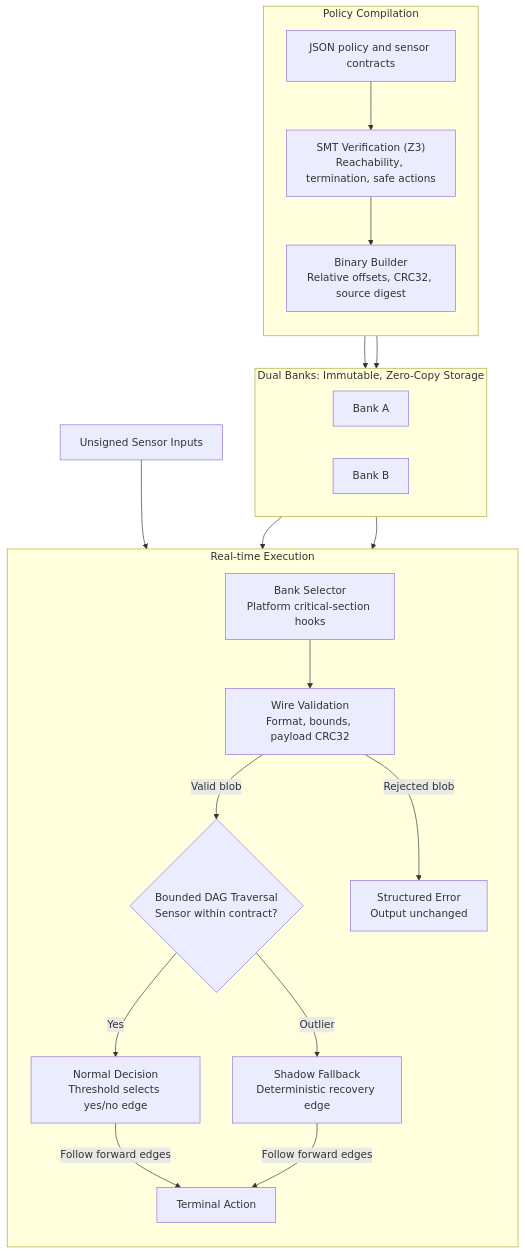
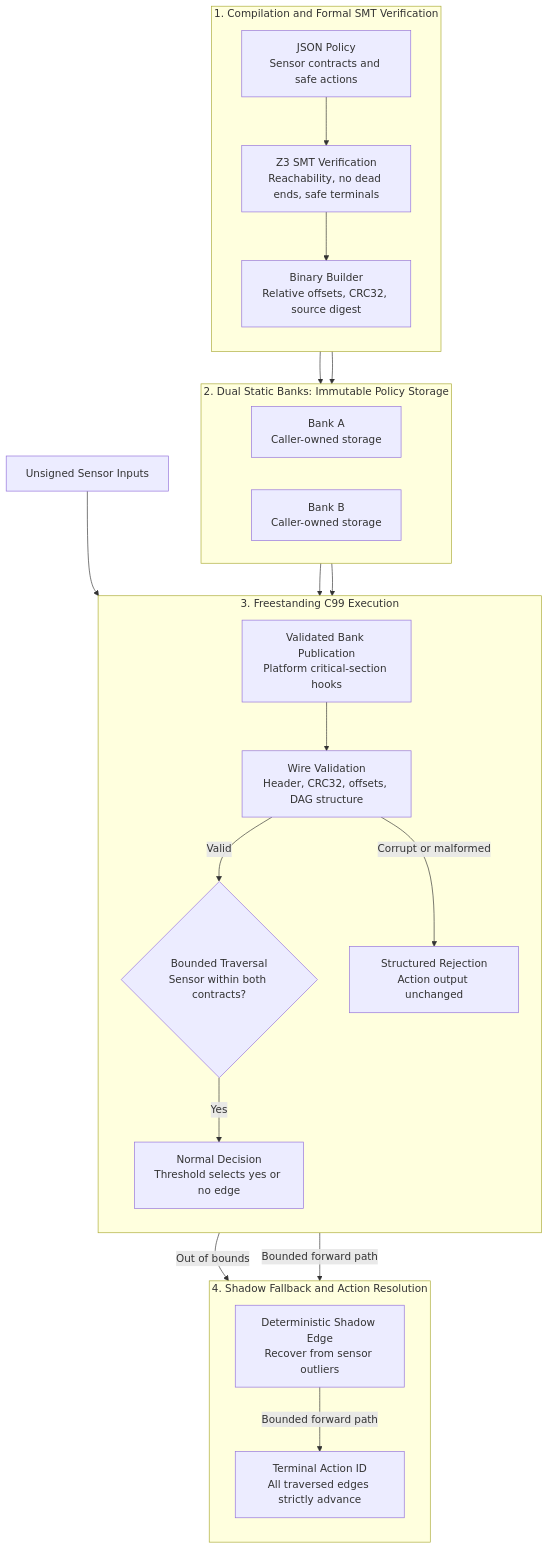
One commit to AAanin/anix changed the diagram in README.md. Above: the diagram before and after it, drawn with Mermaid. The commit also changed other lines of this file, not shown here.

````diff
--- a/README.md
+++ b/README.md
@@ -10,40 +33,44 @@
 ```mermaid
 flowchart TD
-  subgraph Compile["Policy Compilation"]
+  subgraph Compile["1. Compilation and Formal SMT Verification"]
     direction TB
-    G["JSON policy and sensor contracts"]
-    Z["SMT Verification (Z3)<br/>Reachability, termination, safe actions"]
+    G["JSON Policy<br/>Sensor contracts and safe actions"]
+    Z["Z3 SMT Verification<br/>Reachability, no dead ends, safe terminals"]
     B["Binary Builder<br/>Relative offsets, CRC32, source digest"]
     G --> Z --> B
   end
 
-  subgraph Banks["Dual Banks: Immutable, Zero-Copy Storage"]
+  subgraph Banks["2. Dual Static Banks: Immutable Policy Storage"]
     direction LR
-    A["Bank A"]
-    C["Bank B"]
+    A["Bank A<br/>Caller-owned storage"]
+    C["Bank B<br/>Caller-owned storage"]
   end
 
-  subgraph Runtime["Real-time Execution"]
+  subgraph Execute["3. Freestanding C99 Execution"]
     direction TB
-    S["Bank Selector<br/>Platform critical-section hooks"]
-    V["Wire Validation<br/>Format, bounds, payload CRC32"]
-    D{"Bounded DAG Traversal<br/>Sensor within contract?"}
-    F["Shadow Fallback<br/>Deterministic recovery edge"]
-    N["Normal Decision<br/>Threshold selects yes/no edge"]
-    O["Terminal Action"]
-    E["Structured Error<br/>Output unchanged"]
+    S["Validated Bank Publication<br/>Platform critical-section hooks"]
+    V["Wire Validation<br/>Header, CRC32, offsets, DAG structure"]
+    D{"Bounded Traversal<br/>Sensor within both contracts?"}
+    N["Normal Decision<br/>Threshold selects yes or no edge"]
+    E["Structured Rejection<br/>Action output unchanged"]
     S --> V
-    V -->|Valid blob| D
-    V -->|Rejected blob| E
+    V -->|Valid| D
+    V -->|Corrupt or malformed| E
     D -->|Yes| N
-    D -->|Outlier| F
-    N -->|Follow forward edges| O
-    F -->|Follow forward edges| O
+  end
+
+  subgraph Recovery["4. Shadow Fallback and Action Resolution"]
+    direction TB
+    F["Deterministic Shadow Edge<br/>Recover from sensor outliers"]
+    O["Terminal Action ID<br/>All traversed edges strictly advance"]
+    F -->|Bounded forward path| O
   end
 
   I["Unsigned Sensor Inputs"] --> D
   B --> A
   B --> C
   A --> S
   C --> S
+  D -->|Out of bounds| F
+  N -->|Bounded forward path| O
 ```
````
